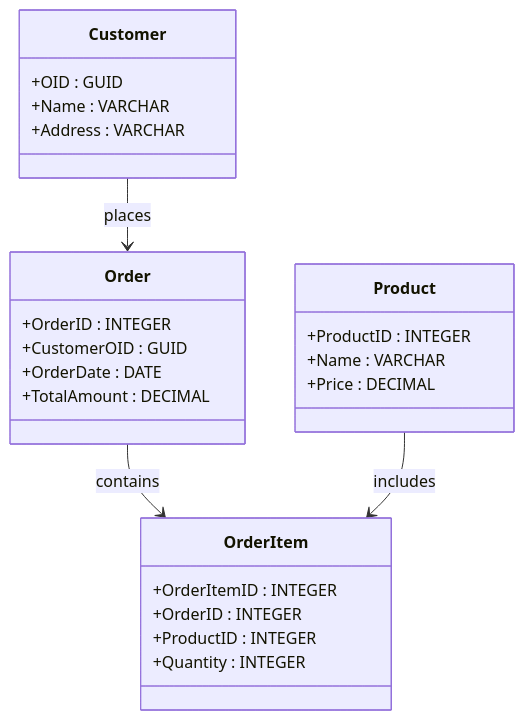
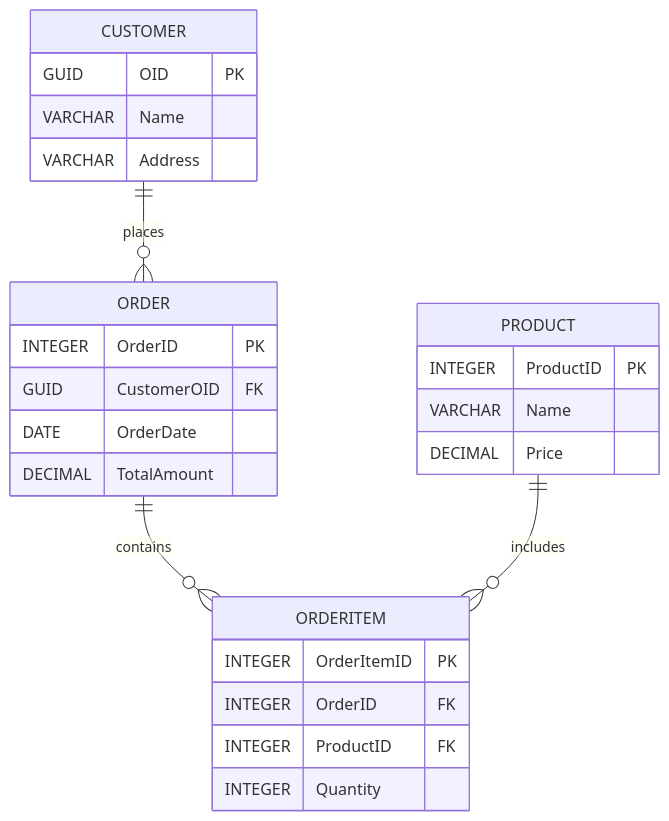
One commit to golkity/Url_Shorter_Go changed the second of 3 diagrams in Readme.md. Above: the diagram before and after it, drawn with Mermaid.

Commit message:
feat(docs): add new diagramm

````diff
--- a/Readme.md
+++ b/Readme.md
@@ -27,33 +27,32 @@
 ```mermaid
-classDiagram
-    class Customer {
-        +OID : GUID
-        +Name : VARCHAR
-        +Address : VARCHAR
+erDiagram
+    CUSTOMER {
+        GUID OID PK
+        VARCHAR Name
+        VARCHAR Address
     }
 
-    class Order {
-        +OrderID : INTEGER
-        +CustomerOID : GUID
-        +OrderDate : DATE
-        +TotalAmount : DECIMAL
+    ORDER {
+        INTEGER OrderID PK
+        GUID CustomerOID FK
+        DATE OrderDate
+        DECIMAL TotalAmount
     }
 
-    class Product {
-        +ProductID : INTEGER
-        +Name : VARCHAR
-        +Price : DECIMAL
+    PRODUCT {
+        INTEGER ProductID PK
+        VARCHAR Name
+        DECIMAL Price
     }
 
-    class OrderItem {
-        +OrderItemID : INTEGER
-        +OrderID : INTEGER
-        +ProductID : INTEGER
-        +Quantity : INTEGER
+    ORDERITEM {
+        INTEGER OrderItemID PK
+        INTEGER OrderID FK
+        INTEGER ProductID FK
+        INTEGER Quantity
     }
 
-    Customer --> Order : places
-    Order --> OrderItem : contains
-    Product --> OrderItem : includes
-
+    CUSTOMER ||--o{ ORDER : places
+    ORDER ||--o{ ORDERITEM : contains
+    PRODUCT ||--o{ ORDERITEM : includes
 ```
````
